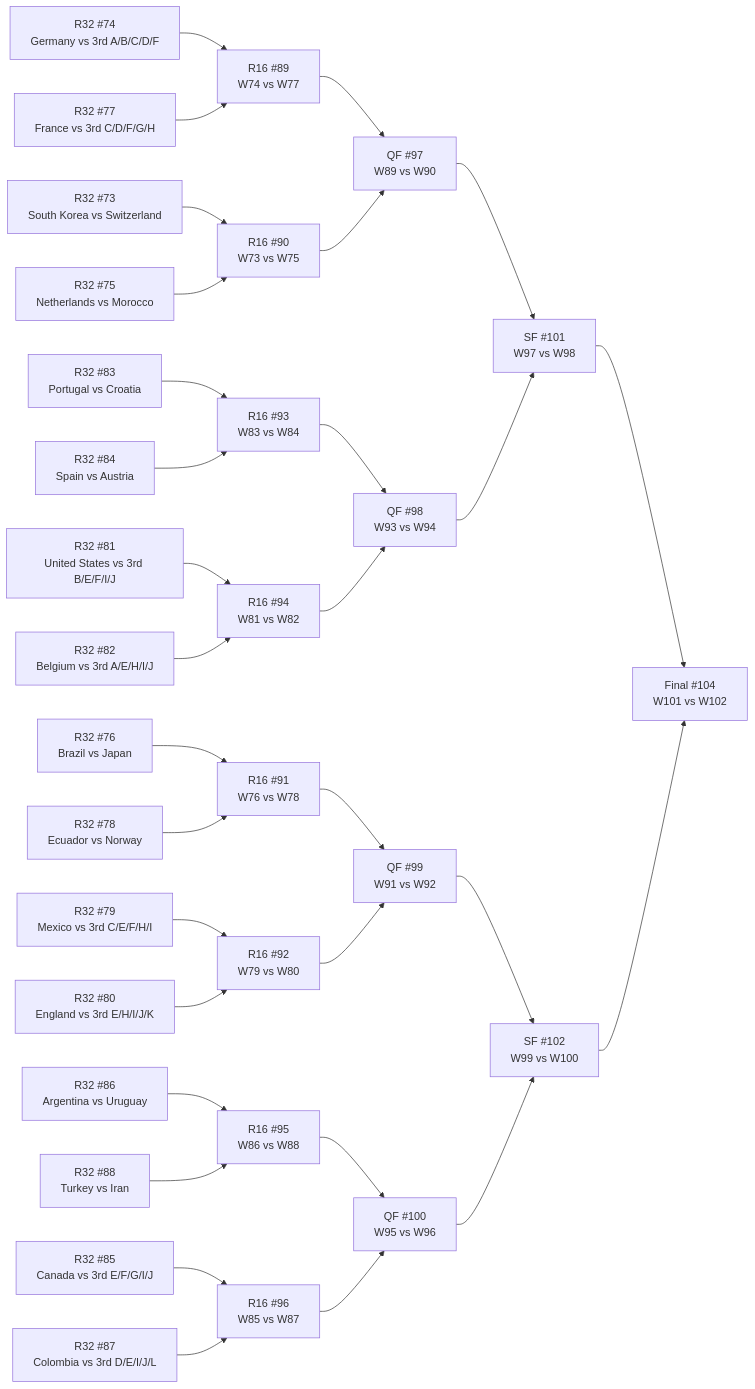
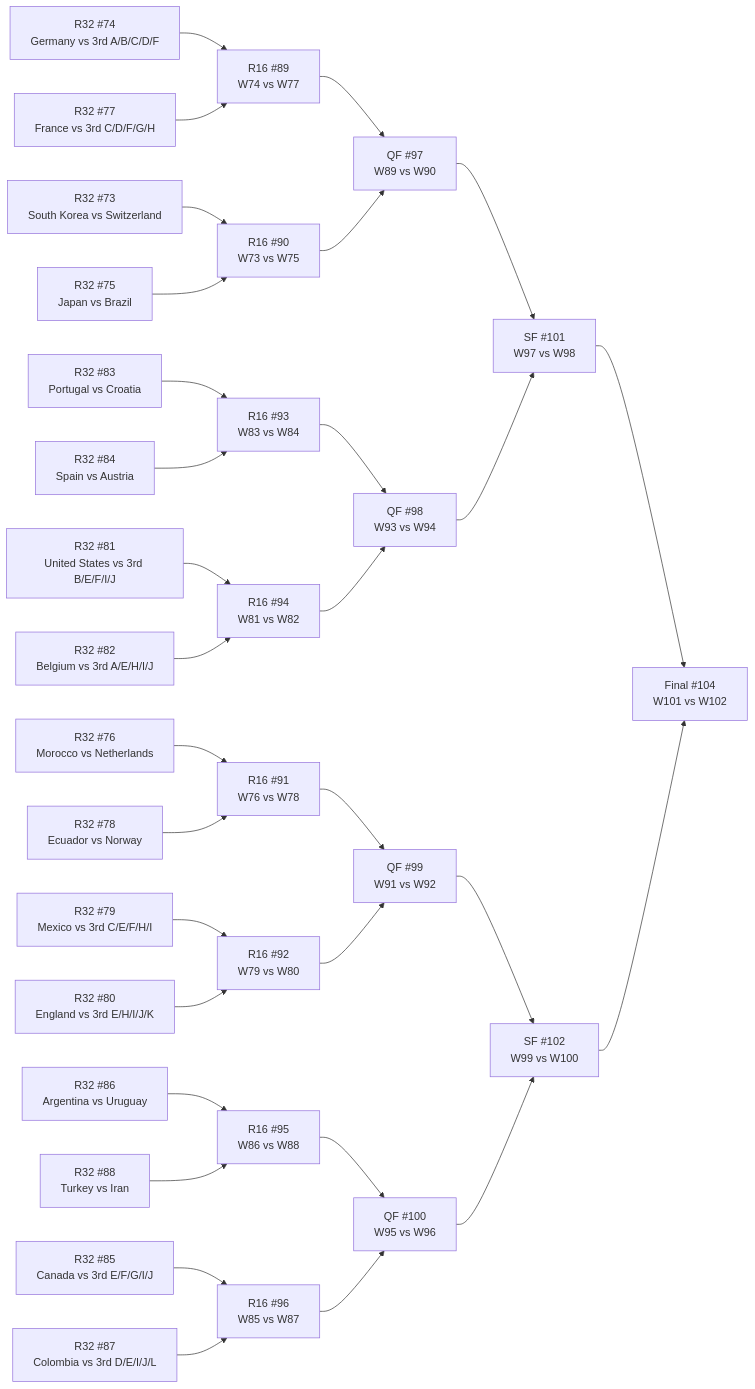
The diagram in WC vault/_bracket.md (Tutai-Tran/WC-2026-predictor), drawn with Mermaid before and after one commit. The commit also changed 87 other files, not shown here.

````diff
--- a/WC vault/_bracket.md
+++ b/WC vault/_bracket.md
@@ -11,64 +11,64 @@
 ```mermaid
 flowchart LR
   M73["R32 #73<br>South Korea vs Switzerland"]
   M74["R32 #74<br>Germany vs 3rd A/B/C/D/F"]
-  M75["R32 #75<br>Netherlands vs Morocco"]
-  M76["R32 #76<br>Brazil vs Japan"]
+  M75["R32 #75<br>Japan vs Brazil"]
+  M76["R32 #76<br>Morocco vs Netherlands"]
   M77["R32 #77<br>France vs 3rd C/D/F/G/H"]
   M78["R32 #78<br>Ecuador vs Norway"]
   M79["R32 #79<br>Mexico vs 3rd C/E/F/H/I"]
   M80["R32 #80<br>England vs 3rd E/H/I/J/K"]
   M81["R32 #81<br>United States vs 3rd B/E/F/I/J"]
   M82["R32 #82<br>Belgium vs 3rd A/E/H/I/J"]
   M83["R32 #83<br>Portugal vs Croatia"]
   M84["R32 #84<br>Spain vs Austria"]
   M85["R32 #85<br>Canada vs 3rd E/F/G/I/J"]
   M86["R32 #86<br>Argentina vs Uruguay"]
   M87["R32 #87<br>Colombia vs 3rd D/E/I/J/L"]
   M88["R32 #88<br>Turkey vs Iran"]
   M89["R16 #89<br>W74 vs W77"]
   M90["R16 #90<br>W73 vs W75"]
   M91["R16 #91<br>W76 vs W78"]
   M92["R16 #92<br>W79 vs W80"]
   M93["R16 #93<br>W83 vs W84"]
   M94["R16 #94<br>W81 vs W82"]
   M95["R16 #95<br>W86 vs W88"]
   M96["R16 #96<br>W85 vs W87"]
   M97["QF #97<br>W89 vs W90"]
   M98["QF #98<br>W93 vs W94"]
   M99["QF #99<br>W91 vs W92"]
   M100["QF #100<br>W95 vs W96"]
   M101["SF #101<br>W97 vs W98"]
   M102["SF #102<br>W99 vs W100"]
   M104["Final #104<br>W101 vs W102"]
   M74 --> M89
   M77 --> M89
   M73 --> M90
   M75 --> M90
   M76 --> M91
   M78 --> M91
   M79 --> M92
   M80 --> M92
   M83 --> M93
   M84 --> M93
   M81 --> M94
   M82 --> M94
   M86 --> M95
   M88 --> M95
   M85 --> M96
   M87 --> M96
   M89 --> M97
   M90 --> M97
   M93 --> M98
   M94 --> M98
   M91 --> M99
   M92 --> M99
   M95 --> M100
   M96 --> M100
   M97 --> M101
   M98 --> M101
   M99 --> M102
   M100 --> M102
   M101 --> M104
   M102 --> M104
 ```
````
